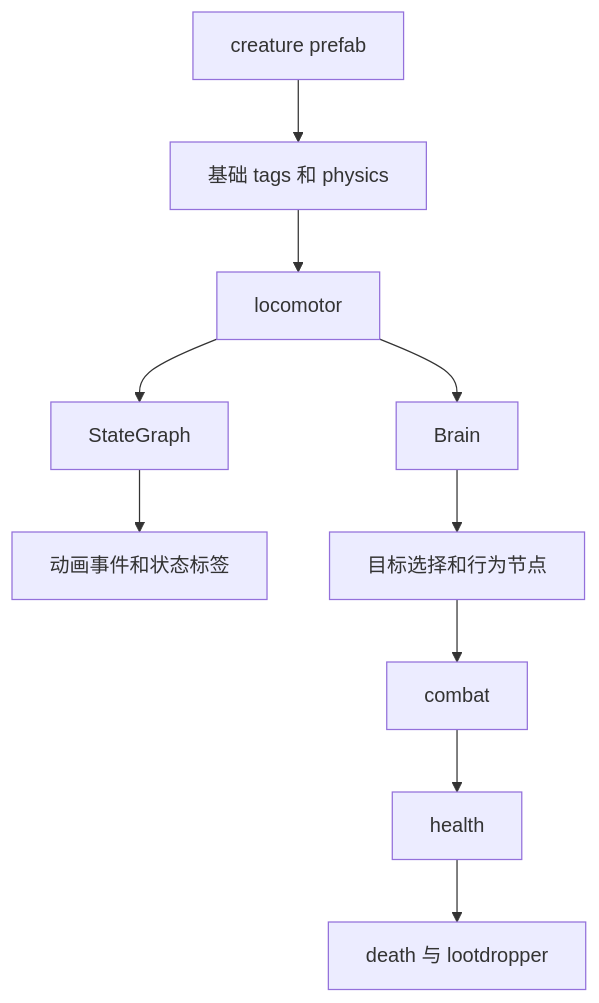
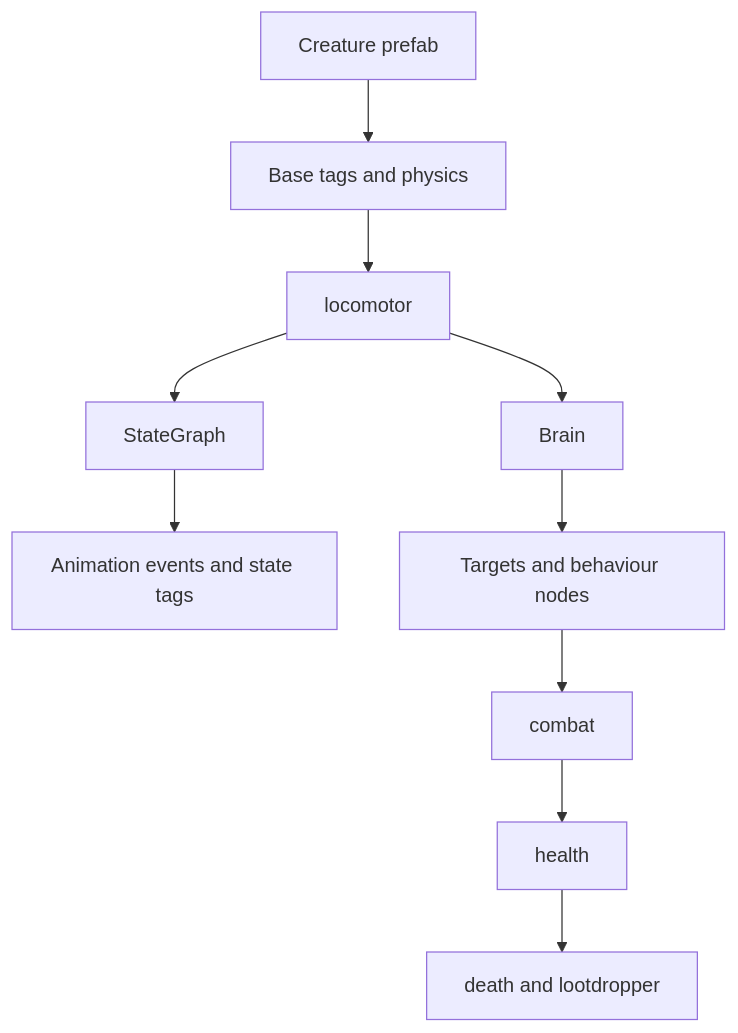
Before and after one commit to LetsStarveTogether/dst-server: the diagram in dst-scripts/index/0x6000-gameplay-systems/0x6100-characters-creatures/0x6102-creatures-bosses.md, drawn with Mermaid. The commit also changed other lines of this file and 83 other files, not shown here.

```diff
--- a/dst-scripts/index/0x6000-gameplay-systems/0x6100-characters-creatures/0x6102-creatures-bosses.md
+++ b/dst-scripts/index/0x6000-gameplay-systems/0x6100-characters-creatures/0x6102-creatures-bosses.md
@@ -82,13 +81,13 @@
 ~~~mermaid
 flowchart TD
-    A["creature prefab"]
-    A --> B["基础 tags 和 physics"]
+    A["Creature prefab"]
+    A --> B["Base tags and physics"]
     B --> C["locomotor"]
     C --> D["StateGraph"]
     C --> E["Brain"]
-    D --> F["动画事件和状态标签"]
-    E --> G["目标选择和行为节点"]
+    D --> F["Animation events and state tags"]
+    E --> G["Targets and behaviour nodes"]
     G --> H["combat"]
     H --> I["health"]
-    I --> J["death 与 lootdropper"]
+    I --> J["death and lootdropper"]
 ~~~
```
